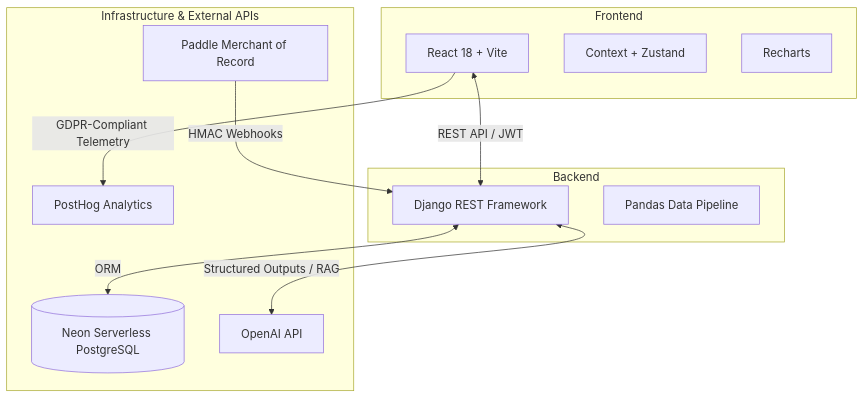
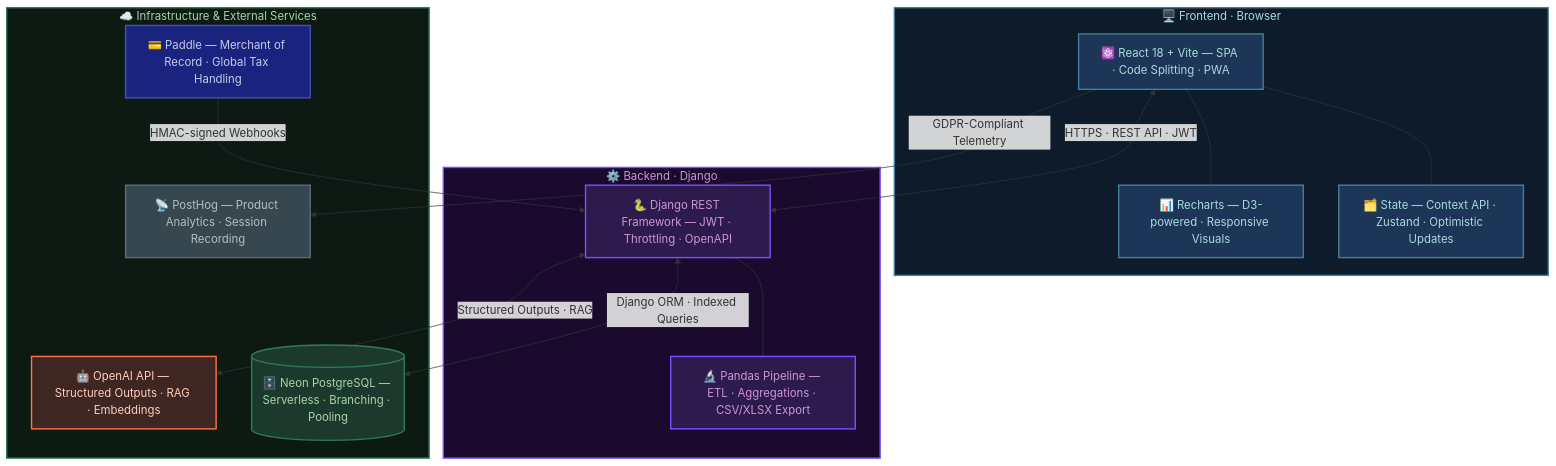
Before and after one commit to ravion223/brio-ai-showcase: the diagram in README.md, drawn with Mermaid. The commit also changed other lines of this file, not shown here.

Commit message:
Revise README with updated title and architecture details
Updated project title and enhanced system architecture diagram with additional details and styling.

````diff
--- a/README.md
+++ b/README.md
@@ -22,26 +22,50 @@
 ```mermaid
 graph TD
-    subgraph Frontend
-        React[React 18 + Vite]
-        State[Context + Zustand]
-        Charts[Recharts]
+
+    subgraph FE["🖥️ Frontend · Browser"]
+        React["⚛️ React 18 + Vite — SPA · Code Splitting · PWA"]
+        State["🗂️ State — Context API · Zustand · Optimistic Updates"]
+        Charts["📊 Recharts — D3-powered · Responsive Visuals"]
+        React --- State
+        React --- Charts
     end
 
-    subgraph Backend
-        Django[Django REST Framework]
-        Pandas[Pandas Data Pipeline]
+    subgraph BE["⚙️ Backend · Django"]
+        Django["🐍 Django REST Framework — JWT · Throttling · OpenAPI"]
+        Pandas["🔬 Pandas Pipeline — ETL · Aggregations · CSV/XLSX Export"]
+        Django --- Pandas
     end
 
-    subgraph Infrastructure & External APIs
-        DB[(Neon Serverless PostgreSQL)]
-        OpenAI[OpenAI API]
-        Paddle[Paddle Merchant of Record]
-        PostHog[PostHog Analytics]
+    subgraph INFRA["☁️ Infrastructure & External Services"]
+        DB[("🗄️ Neon PostgreSQL — Serverless · Branching · Pooling")]
+        OpenAI["🤖 OpenAI API — Structured Outputs · RAG · Embeddings"]
+        Paddle["💳 Paddle — Merchant of Record · Global Tax Handling"]
+        PostHog["📡 PostHog — Product Analytics · Session Recording"]
     end
 
-    React <-->|REST API / JWT| Django
+    React <-->|HTTPS · REST API · JWT| Django
     React -->|GDPR-Compliant Telemetry| PostHog
-    Django <-->|ORM| DB
-    Django <-->|Structured Outputs / RAG| OpenAI
-    Paddle -->|HMAC Webhooks| Django
+    Django <-->|Django ORM · Indexed Queries| DB
+    Django <-->|Structured Outputs · RAG| OpenAI
+    Paddle -->|HMAC-signed Webhooks| Django
+
+    %% ── Node Styles ─────────────────────────────────────────────
+    classDef frontendNode  fill:#1d3557,stroke:#457b9d,stroke-width:2px,color:#a8dadc
+    classDef backendNode   fill:#2d1b4e,stroke:#7c4dff,stroke-width:2px,color:#ce93d8
+    classDef dbNode        fill:#1b3a2d,stroke:#2e7d52,stroke-width:2px,color:#a5d6a7
+    classDef aiNode        fill:#3e2723,stroke:#ff7043,stroke-width:2px,color:#ffccbc
+    classDef paymentsNode  fill:#1a237e,stroke:#3f51b5,stroke-width:2px,color:#c5cae9
+    classDef analyticsNode fill:#37474f,stroke:#546e7a,stroke-width:2px,color:#b0bec5
+
+    class React,State,Charts frontendNode
+    class Django,Pandas backendNode
+    class DB dbNode
+    class OpenAI aiNode
+    class Paddle paymentsNode
+    class PostHog analyticsNode
+
+    %% ── Subgraph Styles ─────────────────────────────────────────
+    style FE    fill:#0d1b2a,stroke:#457b9d,stroke-width:2px,color:#a8dadc
+    style BE    fill:#1a0a2e,stroke:#7c4dff,stroke-width:2px,color:#ce93d8
+    style INFRA fill:#0d1a14,stroke:#2e7d52,stroke-width:2px,color:#a5d6a7
 ```
````
